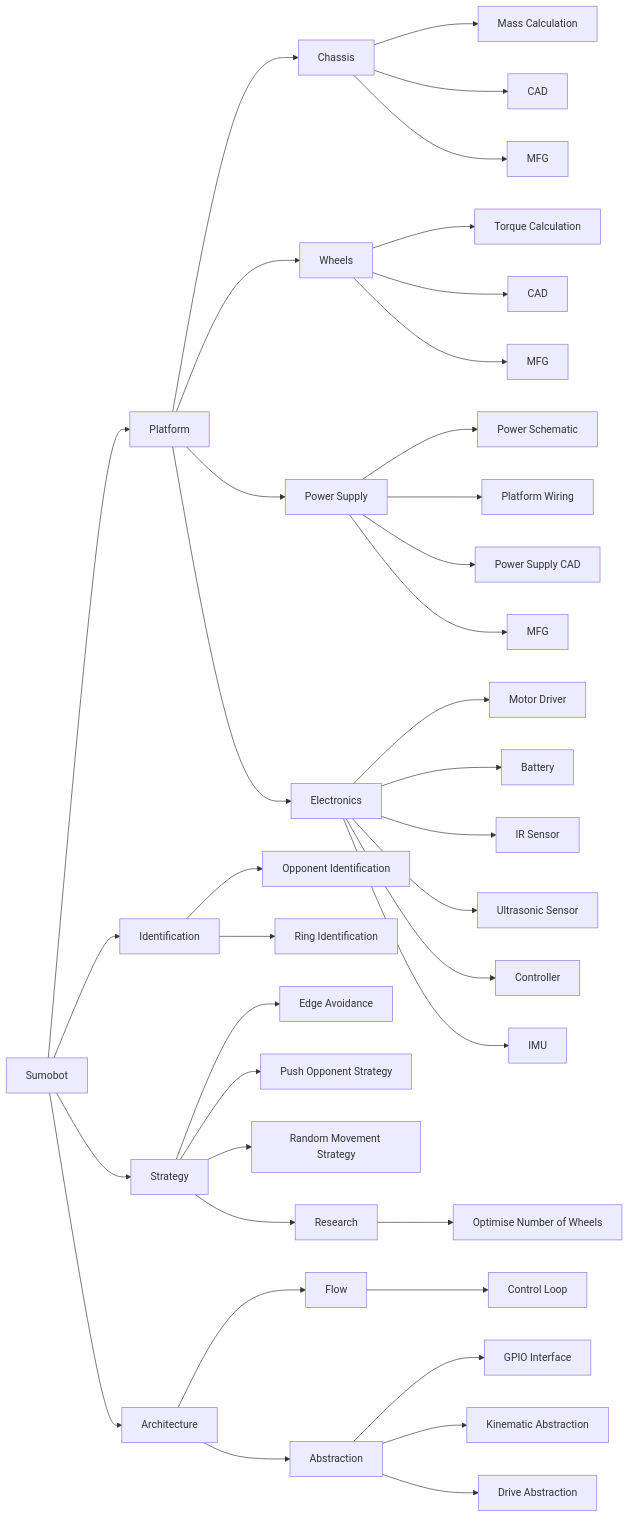
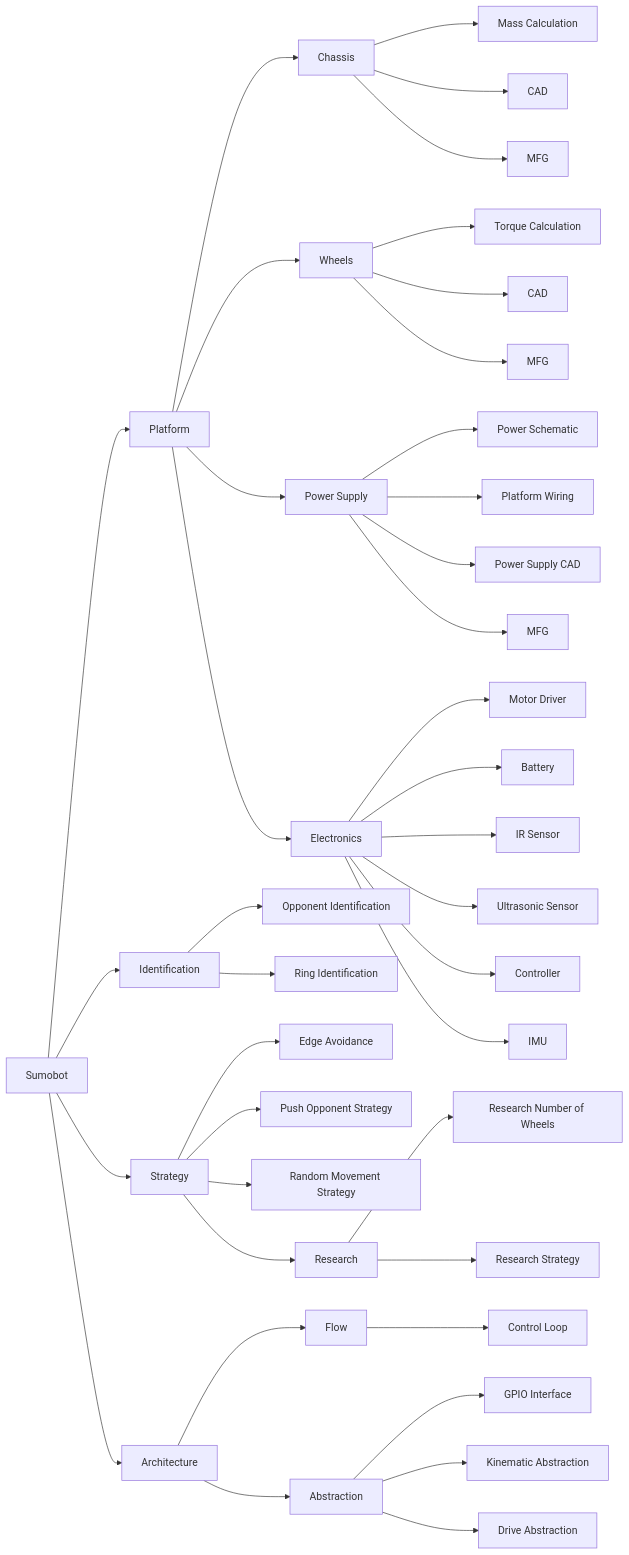
One commit to dennuguyen/sumoltaneous-equations changed the diagram in README.md. Above: the diagram before and after it, drawn with Mermaid.

Commit message:
Add strategy research work packages.

````diff
--- a/README.md
+++ b/README.md
@@ -17,50 +17,51 @@
 ```mermaid
 graph LR
     Sumobot
     Sumobot --> Platform
     Sumobot --> Identification
     Sumobot --> Strategy
     Sumobot --> Architecture
 
     Identification --> opp[Opponent Identification]
     Identification --> ring[Ring Identification]
 
     Architecture --> Flow
     Flow --> control_loop[Control Loop]
 
     Architecture --> Abstraction
     Abstraction --> gpio_interface[GPIO Interface]
     Abstraction --> kinematic_abstraction[Kinematic Abstraction]
     Abstraction --> drive_abstraction[Drive Abstraction]
 
     Strategy --> avoidance[Edge Avoidance]
     Strategy --> push[Push Opponent Strategy]
     Strategy --> random[Random Movement Strategy]
 
     Strategy --> strategy_research[Research]
-    strategy_research --> number_wheels[Optimise Number of Wheels]
+    strategy_research --> research_number_wheels[Research Number of Wheels]
+    strategy_research --> research_kinetic[Research Strategy]
 
     Platform --> Chassis
     Chassis --> chassis_mass[Mass Calculation]
     Chassis --> chassis_cad[CAD]
     Chassis --> chassis_mfg[MFG]
 
     Platform --> Wheels
     Wheels --> wheel_torque[Torque Calculation]
     Wheels --> wheels_cad[CAD]
     Wheels --> wheels_mfg[MFG]
 
     Platform --> power[Power Supply]
     power --> power_schematic[Power Schematic]
     power --> Wiring[Platform Wiring]
     power --> power_cad[Power Supply CAD]
     power --> mfg_power[MFG]
 
     Platform --> Electronics
     Electronics --> motor_driver[Motor Driver]
     Electronics --> battery[Battery]
     Electronics --> ir_sensor[IR Sensor]
     Electronics --> ultrasonic_sensor[Ultrasonic Sensor]
     Electronics --> arduino[Controller]
     Electronics --> imu[IMU]
 ```
````
